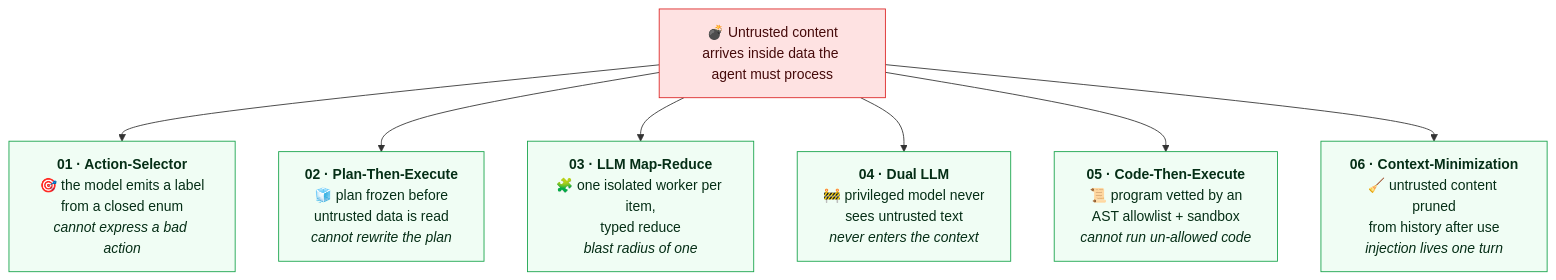
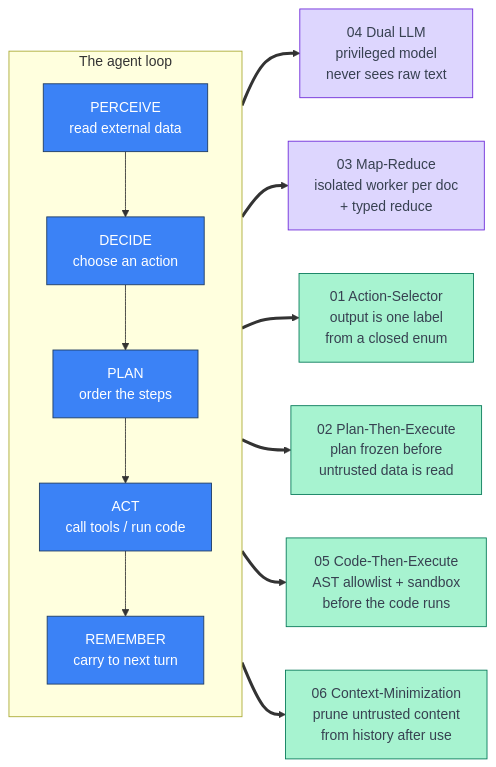
Before and after one commit to damiangilgonzalez1995/prompt-injection-patterns: the second of 5 diagrams in README.md, drawn with Mermaid. The commit also changed other lines of this file, not shown here.

First line of the commit message:
Redesign README diagrams to argue, not display

````diff
--- a/README.md
+++ b/README.md
@@ -119,16 +119,24 @@
 ```mermaid
-flowchart TD
-    X["💣 Untrusted content<br/>arrives inside data the agent must process"]
-    X --> P1 & P2 & P3 & P4 & P5 & P6
-    P1["<b>01 · Action-Selector</b><br/>🎯 the model emits a label<br/>from a closed enum<br/><i>cannot express a bad action</i>"]
-    P2["<b>02 · Plan-Then-Execute</b><br/>🧊 plan frozen before<br/>untrusted data is read<br/><i>cannot rewrite the plan</i>"]
-    P3["<b>03 · LLM Map-Reduce</b><br/>🧩 one isolated worker per item,<br/>typed reduce<br/><i>blast radius of one</i>"]
-    P4["<b>04 · Dual LLM</b><br/>🚧 privileged model never<br/>sees untrusted text<br/><i>never enters the context</i>"]
-    P5["<b>05 · Code-Then-Execute</b><br/>📜 program vetted by an<br/>AST allowlist + sandbox<br/><i>cannot run un-allowed code</i>"]
-    P6["<b>06 · Context-Minimization</b><br/>🧹 untrusted content pruned<br/>from history after use<br/><i>injection lives one turn</i>"]
-
-    classDef attack fill:#fee2e2,stroke:#dc2626,color:#450a0a;
-    classDef pat fill:#f0fdf4,stroke:#16a34a,color:#052e16;
-    class X attack
-    class P1,P2,P3,P4,P5,P6 pat
+%% The agent loop (left spine) with the pattern that guards each stage (right).
+%% Argument: the six patterns defend six different STAGES of the same loop.
+flowchart LR
+    subgraph LOOP["The agent loop"]
+        direction TB
+        PER["PERCEIVE<br>read external data"] --> DEC["DECIDE<br>choose an action"]
+        DEC --> PLN["PLAN<br>order the steps"]
+        PLN --> ACT["ACT<br>call tools / run code"]
+        ACT --> MEM["REMEMBER<br>carry to next turn"]
+    end
+    PER ==> D4["04 Dual LLM<br>privileged model<br>never sees raw text"]
+    PER ==> D3["03 Map-Reduce<br>isolated worker per doc<br>+ typed reduce"]
+    DEC ==> D1["01 Action-Selector<br>output is one label<br>from a closed enum"]
+    PLN ==> D2["02 Plan-Then-Execute<br>plan frozen before<br>untrusted data is read"]
+    ACT ==> D5["05 Code-Then-Execute<br>AST allowlist + sandbox<br>before the code runs"]
+    MEM ==> D6["06 Context-Minimization<br>prune untrusted content<br>from history after use"]
+    classDef stage fill:#3b82f6,stroke:#1e3a5f,color:#ffffff
+    classDef read fill:#ddd6fe,stroke:#6d28d9,color:#374151
+    classDef pat fill:#a7f3d0,stroke:#047857,color:#374151
+    class PER,DEC,PLN,ACT,MEM stage
+    class D3,D4 read
+    class D1,D2,D5,D6 pat
 ```
````
